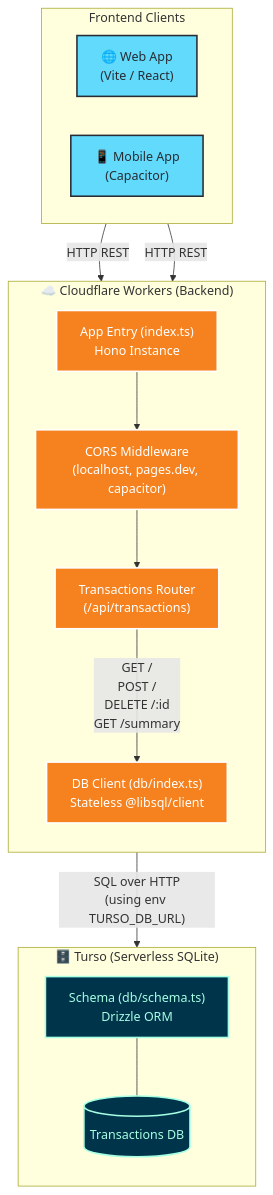
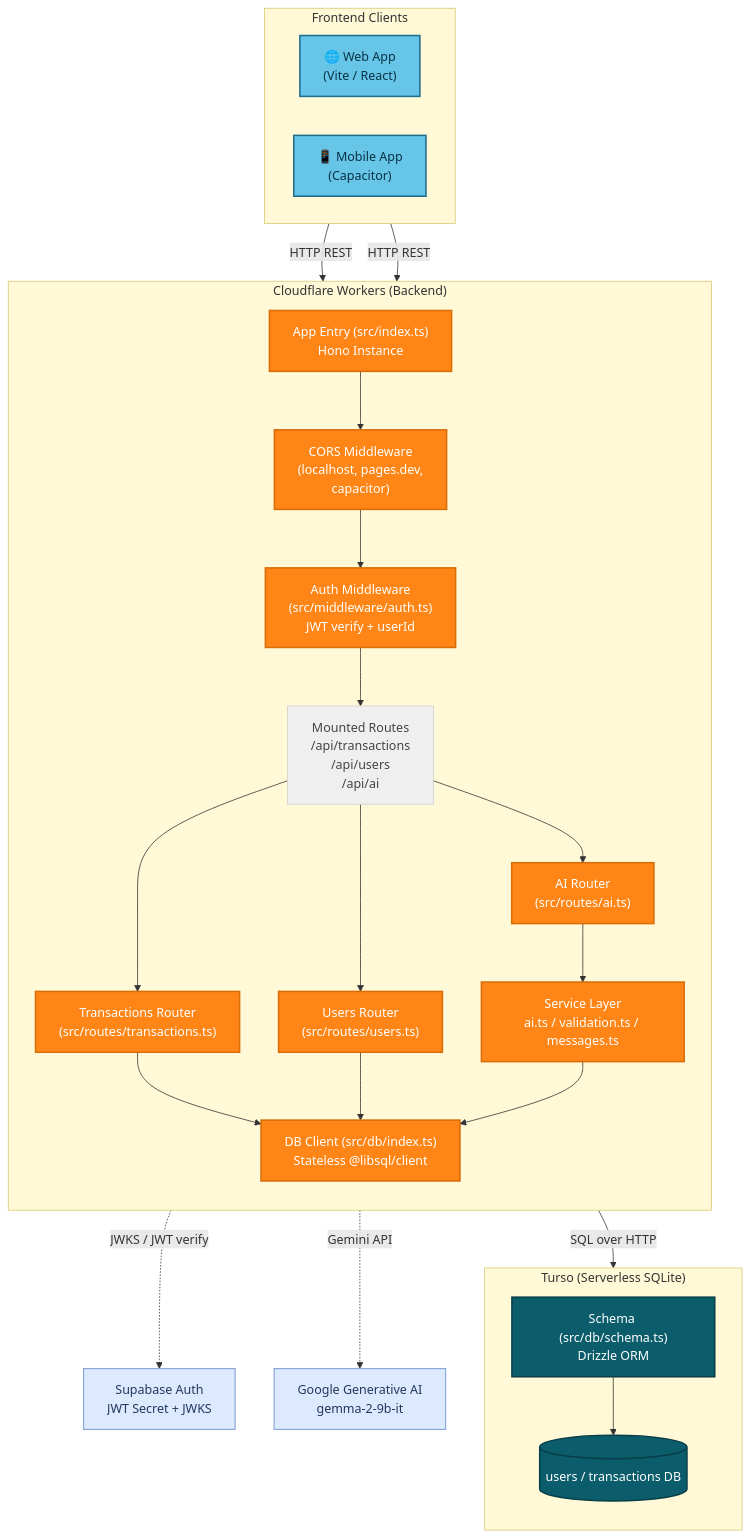
Before and after one commit to newsupernova0617/FastSaaS02_Track01_1: the first of 5 diagrams in docs/backend_architecture.md, drawn with Mermaid. The commit also changed other lines of this file and 5 other files, not shown here.

````diff
--- a/docs/backend_architecture.md
+++ b/docs/backend_architecture.md
@@ -5,36 +11,59 @@
 ```mermaid
-graph TD
-    classDef cf fill:#f6821f,stroke:#fff,stroke-width:2px,color:#fff;
-    classDef turso fill:#00344b,stroke:#a6ffe3,stroke-width:2px,color:#a6ffe3;
-    classDef client fill:#61dafb,stroke:#282c34,stroke-width:2px,color:#282c34;
-
+flowchart TD
     subgraph Clients["Frontend Clients"]
         direction LR
-        Web["🌐 Web App<br/>(Vite / React)"]:::client
-        Mobile["📱 Mobile App<br/>(Capacitor)"]:::client
+        Web["🌐 Web App<br/>(Vite / React)"]
+        Mobile["📱 Mobile App<br/>(Capacitor)"]
     end
 
-    subgraph CFWorkers["☁️ Cloudflare Workers (Backend)"]
+    subgraph Worker["Cloudflare Workers (Backend)"]
         direction TB
-        App["App Entry (index.ts)<br/>Hono Instance"]:::cf
-        CORS["CORS Middleware<br/>(localhost, pages.dev, capacitor)"]:::cf
-        Router["Transactions Router<br/>(/api/transactions)"]:::cf
-        DBClient["DB Client (db/index.ts)<br/>Stateless @libsql/client"]:::cf
-        
-        App --> CORS
-        CORS --> Router
-        Router --> |"GET /<br/>POST /<br/>DELETE /:id<br/>GET /summary"| DBClient
+        App["App Entry (src/index.ts)<br/>Hono Instance"]
+        Cors["CORS Middleware<br/>(localhost, pages.dev,<br/>capacitor)"]
+        Auth["Auth Middleware<br/>(src/middleware/auth.ts)<br/>JWT verify + userId"]
+        RouteMount["Mounted Routes<br/>/api/transactions<br/>/api/users<br/>/api/ai"]
+        Tx["Transactions Router<br/>(src/routes/transactions.ts)"]
+        User["Users Router<br/>(src/routes/users.ts)"]
+        AI["AI Router<br/>(src/routes/ai.ts)"]
+        AISvc["Service Layer<br/>ai.ts / validation.ts / messages.ts"]
+        DBClient["DB Client (src/db/index.ts)<br/>Stateless @libsql/client"]
+
+        App --> Cors --> Auth --> RouteMount
+        RouteMount --> Tx
+        RouteMount --> User
+        RouteMount --> AI
+        AI --> AISvc
+        Tx --> DBClient
+        User --> DBClient
+        AISvc --> DBClient
     end
 
-    subgraph Turso["🗄️ Turso (Serverless SQLite)"]
+    subgraph Data["Turso (Serverless SQLite)"]
         direction TB
-        SQLite[("Transactions DB")]:::turso
-        Schema["Schema (db/schema.ts)<br/>Drizzle ORM"]:::turso
-        
-        Schema --- SQLite
+        Schema["Schema (src/db/schema.ts)<br/>Drizzle ORM"]
+        DB[("users / transactions DB")]
+        Schema --> DB
     end
 
     Web -- "HTTP REST" --> App
     Mobile -- "HTTP REST" --> App
-    DBClient -- "SQL over HTTP<br/>(using env TURSO_DB_URL)" --> SQLite
+    DBClient -- "SQL over HTTP" --> DB
+    Auth -. "JWKS / JWT verify" .-> Supabase["Supabase Auth<br/>JWT Secret + JWKS"]
+    AISvc -. "Gemini API" .-> Gemini["Google Generative AI<br/>gemma-2-9b-it"]
+
+    classDef client fill:#67C5E8,stroke:#1F6E8C,stroke-width:2px,color:#083344;
+    classDef workerBox fill:#FF8616,stroke:#D96D08,stroke-width:2px,color:#FFFFFF;
+    classDef note fill:#EFEFEF,stroke:#CFCFCF,stroke-width:1px,color:#444444;
+    classDef dbBox fill:#0B5D6B,stroke:#083F49,stroke-width:2px,color:#FFFFFF;
+    classDef external fill:#DCE9FF,stroke:#8AA7D6,stroke-width:1.5px,color:#23395B;
+
+    class Web,Mobile client;
+    class App,Cors,Auth,Tx,User,AI,AISvc,DBClient workerBox;
+    class RouteMount note;
+    class Schema,DB dbBox;
+    class Supabase,Gemini external;
+
+    style Clients fill:#FFF9D7,stroke:#D8C873,stroke-width:1px,color:#333333
+    style Worker fill:#FFF9D7,stroke:#D8C873,stroke-width:1px,color:#333333
+    style Data fill:#FFF9D7,stroke:#D8C873,stroke-width:1px,color:#333333
 ```
````
